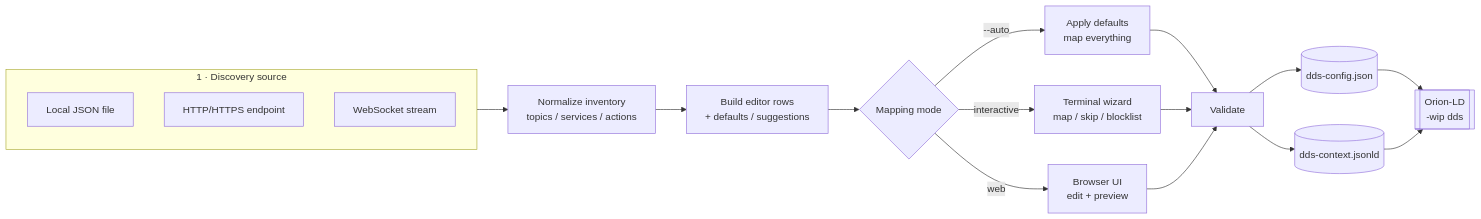
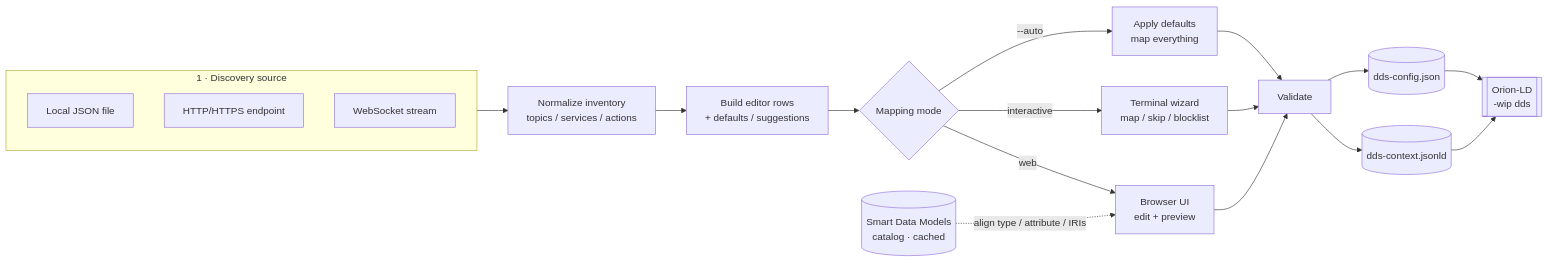
Before and after one commit to Engineering-Research-and-Development/dds-ngsild-mapper: the diagram in README.md, drawn with Mermaid. The commit also changed other lines of this file and 11 other files, not shown here.

First line of the commit message:
Add Smart Data Models playground to the web UI

````diff
--- a/README.md
+++ b/README.md
@@ -100,26 +106,28 @@
 ```mermaid
 flowchart LR
     subgraph Source["1 · Discovery source"]
         A1[Local JSON file]
         A2[HTTP/HTTPS endpoint]
         A3[WebSocket stream]
     end
 
     Source --> N[Normalize inventory<br/>topics / services / actions]
     N --> B[Build editor rows<br/>+ defaults / suggestions]
 
     B --> M{Mapping mode}
     M -->|--auto| AUTO[Apply defaults<br/>map everything]
     M -->|interactive| CLI[Terminal wizard<br/>map / skip / blocklist]
     M -->|web| WEB[Browser UI<br/>edit + preview]
 
+    SDM[(Smart Data Models<br/>catalog · cached)] -.->|align type / attribute / IRIs| WEB
+
     AUTO --> V[Validate]
     CLI --> V
     WEB --> V
 
     V --> O1[(dds-config.json)]
     V --> O2[(dds-context.jsonld)]
 
     O1 --> ORION[[Orion-LD<br/>-wip dds]]
     O2 --> ORION
 ```
````
